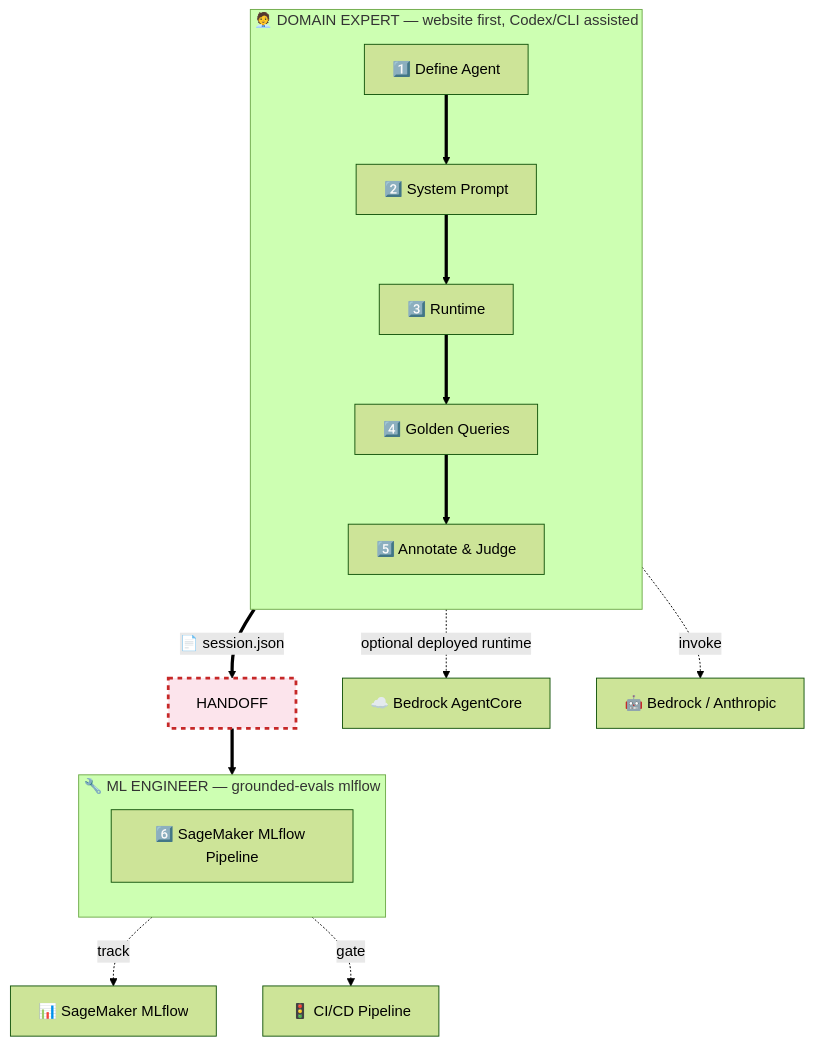
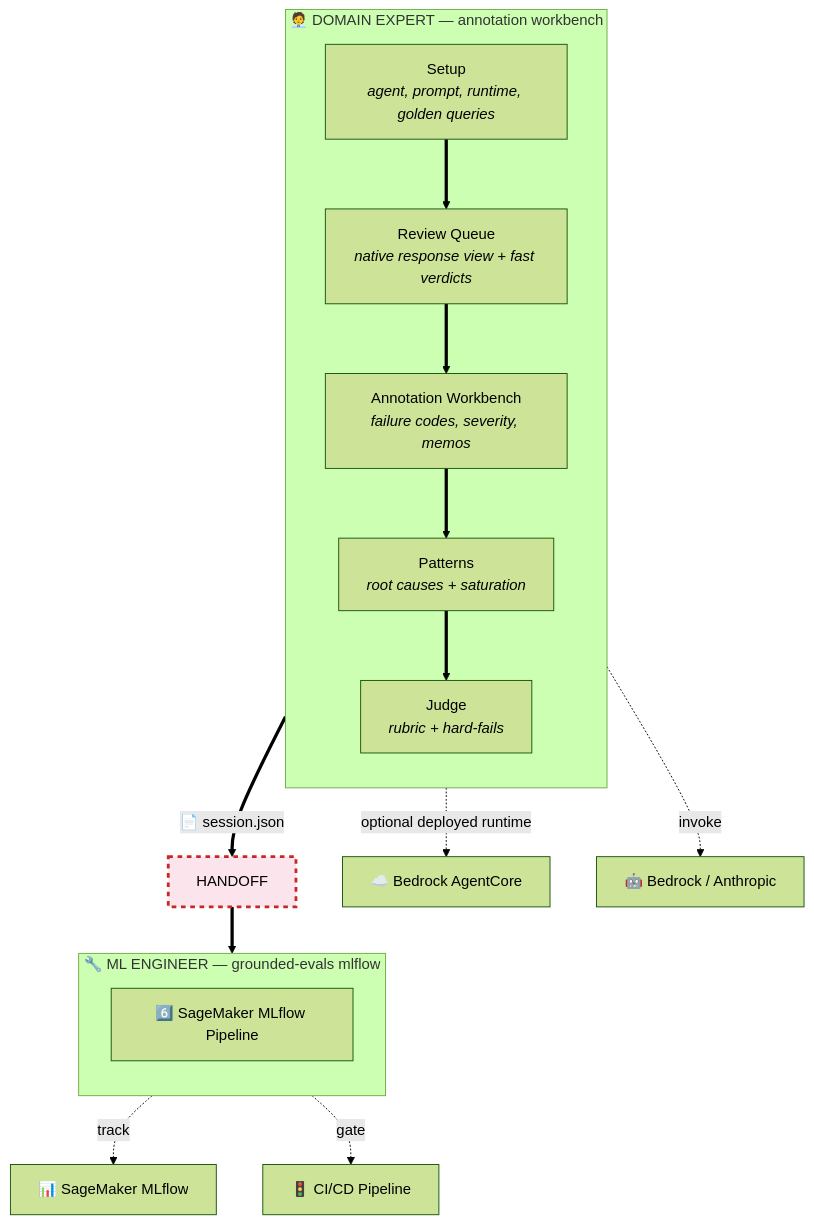
One commit to aws-samples/sample-GEDD changed the first of 3 diagrams in README.md. Above: the diagram before and after it, drawn with Mermaid (forest theme). The commit also changed other lines of this file, not shown here.

Commit message:
docs: align README with annotation workbench redesign

````diff
--- a/README.md
+++ b/README.md
@@ -39,28 +56,28 @@
 ```mermaid
 flowchart TD
-    subgraph DE["🧑‍💼 DOMAIN EXPERT — website first, Codex/CLI assisted"]
+    subgraph DE["🧑‍💼 DOMAIN EXPERT — annotation workbench"]
         direction TB
-        S1["1️⃣ Define Agent"]
-        S2["2️⃣ System Prompt"]
-        S3["3️⃣ Runtime"]
-        S4["4️⃣ Golden Queries"]
-        S5["5️⃣ Annotate & Judge"]
-        S1 ==> S2 ==> S3 ==> S4 ==> S5
+        SETUP["Setup<br/><i>agent, prompt, runtime, golden queries</i>"]
+        REVIEW["Review Queue<br/><i>native response view + fast verdicts</i>"]
+        ANNOTATE["Annotation Workbench<br/><i>failure codes, severity, memos</i>"]
+        PATTERNS["Patterns<br/><i>root causes + saturation</i>"]
+        JUDGE["Judge<br/><i>rubric + hard-fails</i>"]
+        SETUP ==> REVIEW ==> ANNOTATE ==> PATTERNS ==> JUDGE
     end
 
-    S5 ==>|"📄 session.json"| HANDOFF:::handoff
+    JUDGE ==>|"📄 session.json"| HANDOFF:::handoff
 
     HANDOFF ==> S6
 
     subgraph ML["🔧 ML ENGINEER — grounded-evals mlflow"]
         direction TB
         S6["6️⃣ SageMaker MLflow Pipeline"]
     end
 
-    S3 -.->|"optional deployed runtime"| AC["☁️ Bedrock AgentCore"]
-    S4 -.->|"invoke"| BR["🤖 Bedrock / Anthropic"]
+    SETUP -.->|"optional deployed runtime"| AC["☁️ Bedrock AgentCore"]
+    REVIEW -.->|"invoke"| BR["🤖 Bedrock / Anthropic"]
     S6 -.->|"track"| SM["📊 SageMaker MLflow"]
     S6 -.->|"gate"| CI["🚦 CI/CD Pipeline"]
 
     classDef handoff fill:#fce4ec,stroke:#c62828,stroke-width:3px,stroke-dasharray: 5 5
 ```
````
